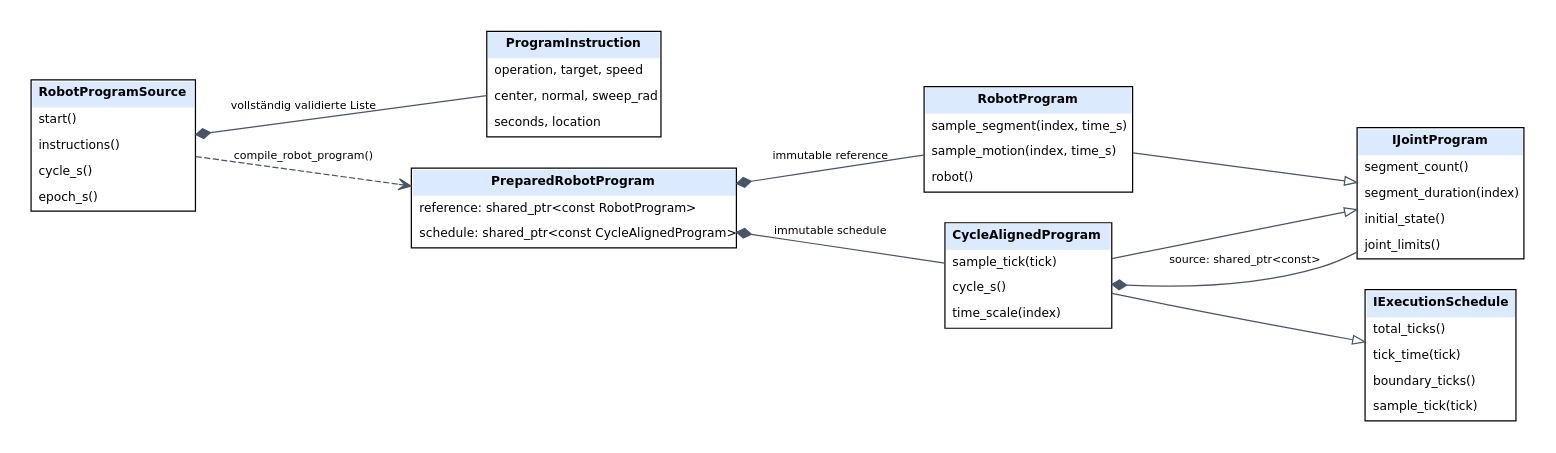
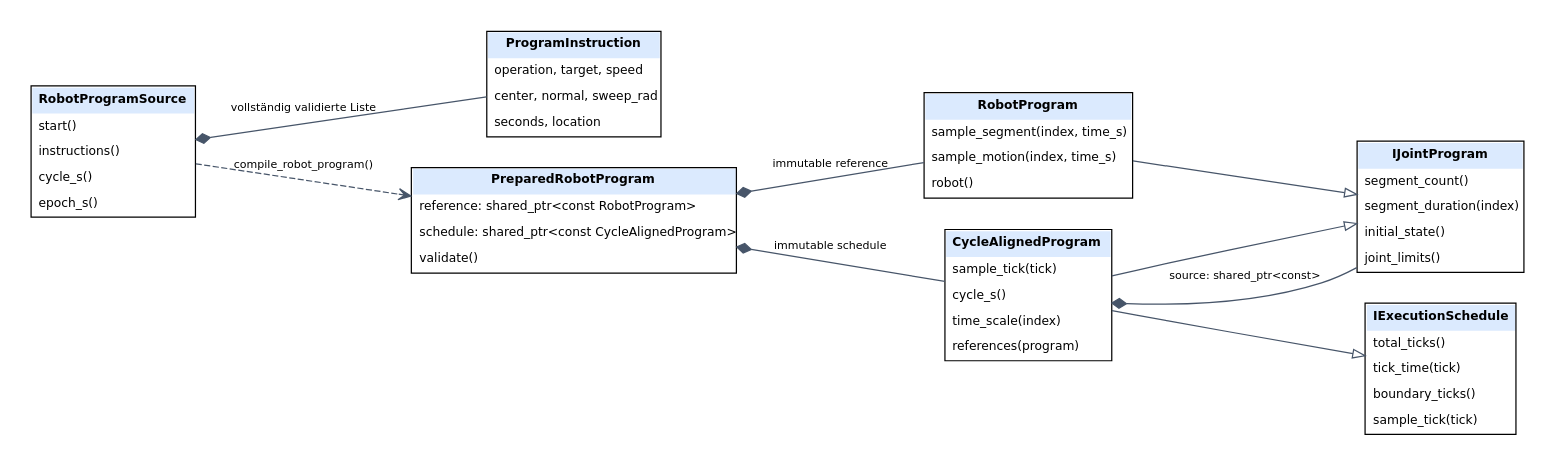
Before and after one commit to cpr-jar/Robotmotionplanning: the diagram in docs/architecture/diagrams/program.dot, drawn with Graphviz. The commit also changed 50 other files, not shown here.

Commit message:
Fix architecture review invariants and publication errors

```diff
--- a/docs/architecture/diagrams/program.dot
+++ b/docs/architecture/diagrams/program.dot
@@ -1,20 +1,20 @@
 digraph uml {
 graph [rankdir=LR, bgcolor="white", pad="0.25", nodesep="0.35", ranksep="0.8"];
 node [shape=plain, fontname="DejaVu Sans", fontsize=10];
 edge [fontname="DejaVu Sans", fontsize=9, color="#475569"];
 source [label=<<TABLE BORDER="1" CELLBORDER="0" CELLSPACING="0" CELLPADDING="5"><TR><TD BGCOLOR="#dbeafe"><B>RobotProgramSource</B></TD></TR><TR><TD ALIGN="LEFT">start()</TD></TR><TR><TD ALIGN="LEFT">instructions()</TD></TR><TR><TD ALIGN="LEFT">cycle_s()</TD></TR><TR><TD ALIGN="LEFT">epoch_s()</TD></TR></TABLE>>];
 instruction [label=<<TABLE BORDER="1" CELLBORDER="0" CELLSPACING="0" CELLPADDING="5"><TR><TD BGCOLOR="#dbeafe"><B>ProgramInstruction</B></TD></TR><TR><TD ALIGN="LEFT">operation, target, speed</TD></TR><TR><TD ALIGN="LEFT">center, normal, sweep_rad</TD></TR><TR><TD ALIGN="LEFT">seconds, location</TD></TR></TABLE>>];
-prepared [label=<<TABLE BORDER="1" CELLBORDER="0" CELLSPACING="0" CELLPADDING="5"><TR><TD BGCOLOR="#dbeafe"><B>PreparedRobotProgram</B></TD></TR><TR><TD ALIGN="LEFT">reference: shared_ptr&lt;const RobotProgram&gt;</TD></TR><TR><TD ALIGN="LEFT">schedule: shared_ptr&lt;const CycleAlignedProgram&gt;</TD></TR></TABLE>>];
+prepared [label=<<TABLE BORDER="1" CELLBORDER="0" CELLSPACING="0" CELLPADDING="5"><TR><TD BGCOLOR="#dbeafe"><B>PreparedRobotProgram</B></TD></TR><TR><TD ALIGN="LEFT">reference: shared_ptr&lt;const RobotProgram&gt;</TD></TR><TR><TD ALIGN="LEFT">schedule: shared_ptr&lt;const CycleAlignedProgram&gt;</TD></TR><TR><TD ALIGN="LEFT">validate()</TD></TR></TABLE>>];
 program [label=<<TABLE BORDER="1" CELLBORDER="0" CELLSPACING="0" CELLPADDING="5"><TR><TD BGCOLOR="#dbeafe"><B>RobotProgram</B></TD></TR><TR><TD ALIGN="LEFT">sample_segment(index, time_s)</TD></TR><TR><TD ALIGN="LEFT">sample_motion(index, time_s)</TD></TR><TR><TD ALIGN="LEFT">robot()</TD></TR></TABLE>>];
 joint [label=<<TABLE BORDER="1" CELLBORDER="0" CELLSPACING="0" CELLPADDING="5"><TR><TD BGCOLOR="#dbeafe"><B>IJointProgram</B></TD></TR><TR><TD ALIGN="LEFT">segment_count()</TD></TR><TR><TD ALIGN="LEFT">segment_duration(index)</TD></TR><TR><TD ALIGN="LEFT">initial_state()</TD></TR><TR><TD ALIGN="LEFT">joint_limits()</TD></TR></TABLE>>];
-grid [label=<<TABLE BORDER="1" CELLBORDER="0" CELLSPACING="0" CELLPADDING="5"><TR><TD BGCOLOR="#dbeafe"><B>CycleAlignedProgram</B></TD></TR><TR><TD ALIGN="LEFT">sample_tick(tick)</TD></TR><TR><TD ALIGN="LEFT">cycle_s()</TD></TR><TR><TD ALIGN="LEFT">time_scale(index)</TD></TR></TABLE>>];
+grid [label=<<TABLE BORDER="1" CELLBORDER="0" CELLSPACING="0" CELLPADDING="5"><TR><TD BGCOLOR="#dbeafe"><B>CycleAlignedProgram</B></TD></TR><TR><TD ALIGN="LEFT">sample_tick(tick)</TD></TR><TR><TD ALIGN="LEFT">cycle_s()</TD></TR><TR><TD ALIGN="LEFT">time_scale(index)</TD></TR><TR><TD ALIGN="LEFT">references(program)</TD></TR></TABLE>>];
 schedule [label=<<TABLE BORDER="1" CELLBORDER="0" CELLSPACING="0" CELLPADDING="5"><TR><TD BGCOLOR="#dbeafe"><B>IExecutionSchedule</B></TD></TR><TR><TD ALIGN="LEFT">total_ticks()</TD></TR><TR><TD ALIGN="LEFT">tick_time(tick)</TD></TR><TR><TD ALIGN="LEFT">boundary_ticks()</TD></TR><TR><TD ALIGN="LEFT">sample_tick(tick)</TD></TR></TABLE>>];
 source -> instruction [dir=both, arrowtail=diamond, arrowhead=none, label="vollständig validierte Liste"];
 source -> prepared [style=dashed, arrowhead=vee, label="compile_robot_program()"];
 prepared -> program [dir=both, arrowtail=diamond, arrowhead=none, label="immutable reference"];
 prepared -> grid [dir=both, arrowtail=diamond, arrowhead=none, label="immutable schedule"];
 program -> joint [arrowhead=empty, label=""];
 grid -> joint [arrowhead=empty, label=""];
 grid -> schedule [arrowhead=empty, label=""];
 grid -> joint [dir=both, arrowtail=diamond, arrowhead=none, label="source: shared_ptr<const>"];
 }
```
